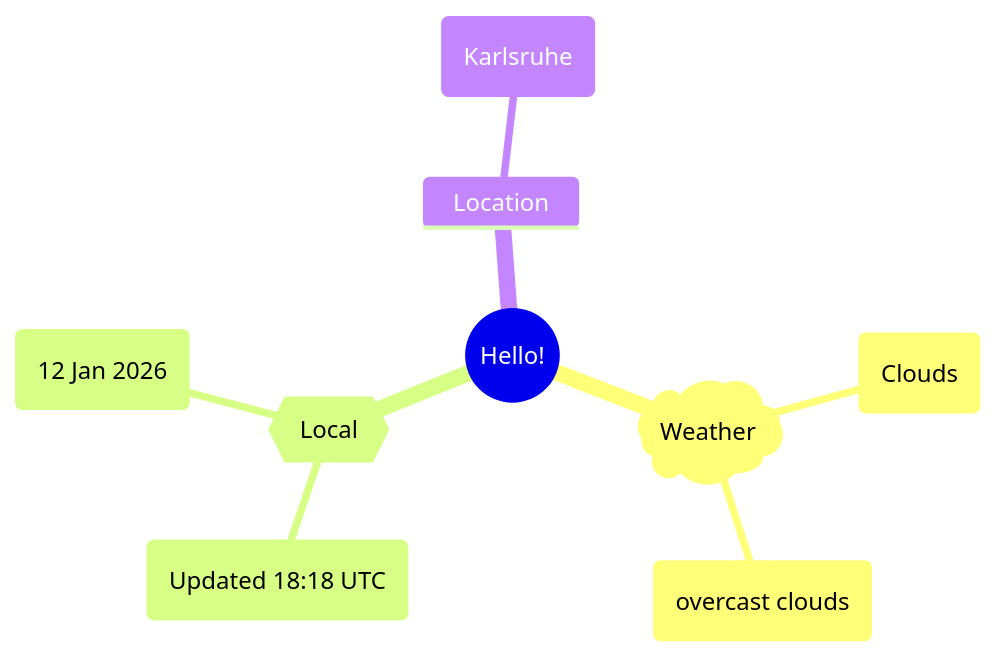
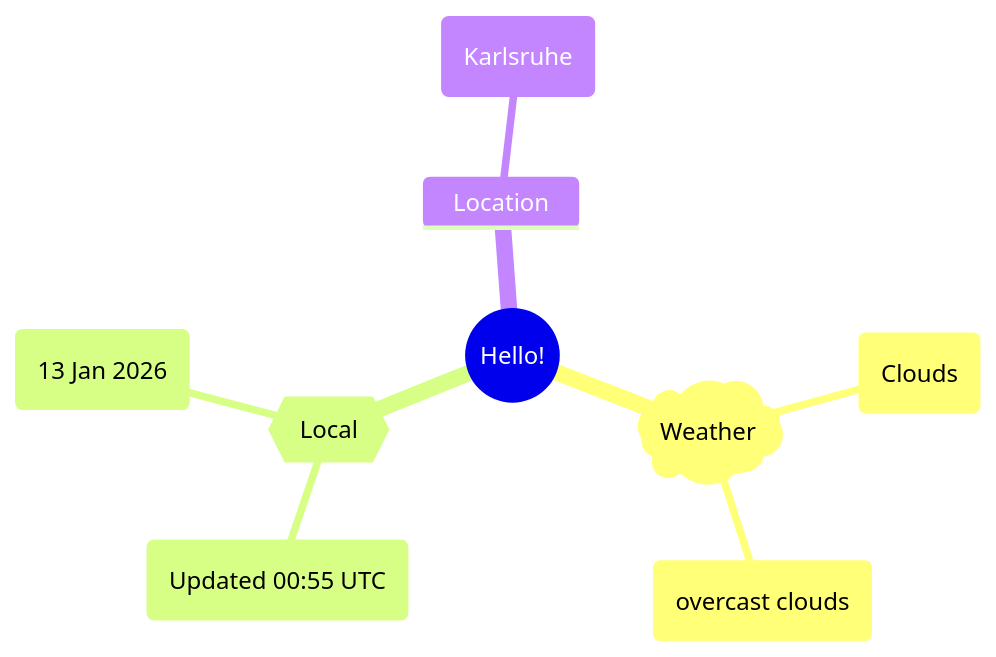
One commit to Xosrov/Xosrov changed the first of 2 diagrams in README.md. Above: the diagram before and after it, drawn with Mermaid.

Commit message:
[bot] updated images

````diff
--- a/README.md
+++ b/README.md
@@ -3,12 +3,12 @@
 ```mermaid
 mindmap
   root((Hello!))
     )Weather(
         (Clouds)
         (overcast clouds)
     {{Local}}
-        (Updated 18:18 UTC)
-        (12 Jan 2026)
+        (Updated 00:55 UTC)
+        (13 Jan 2026)
     Location
         (Karlsruhe)
 ```
````
